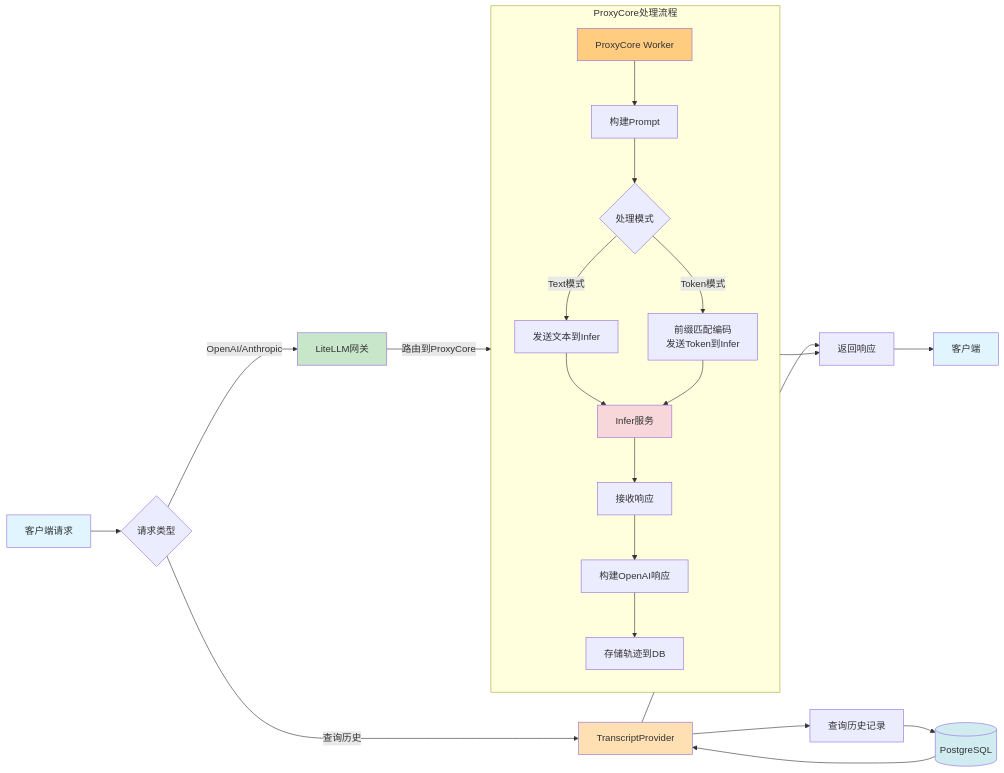
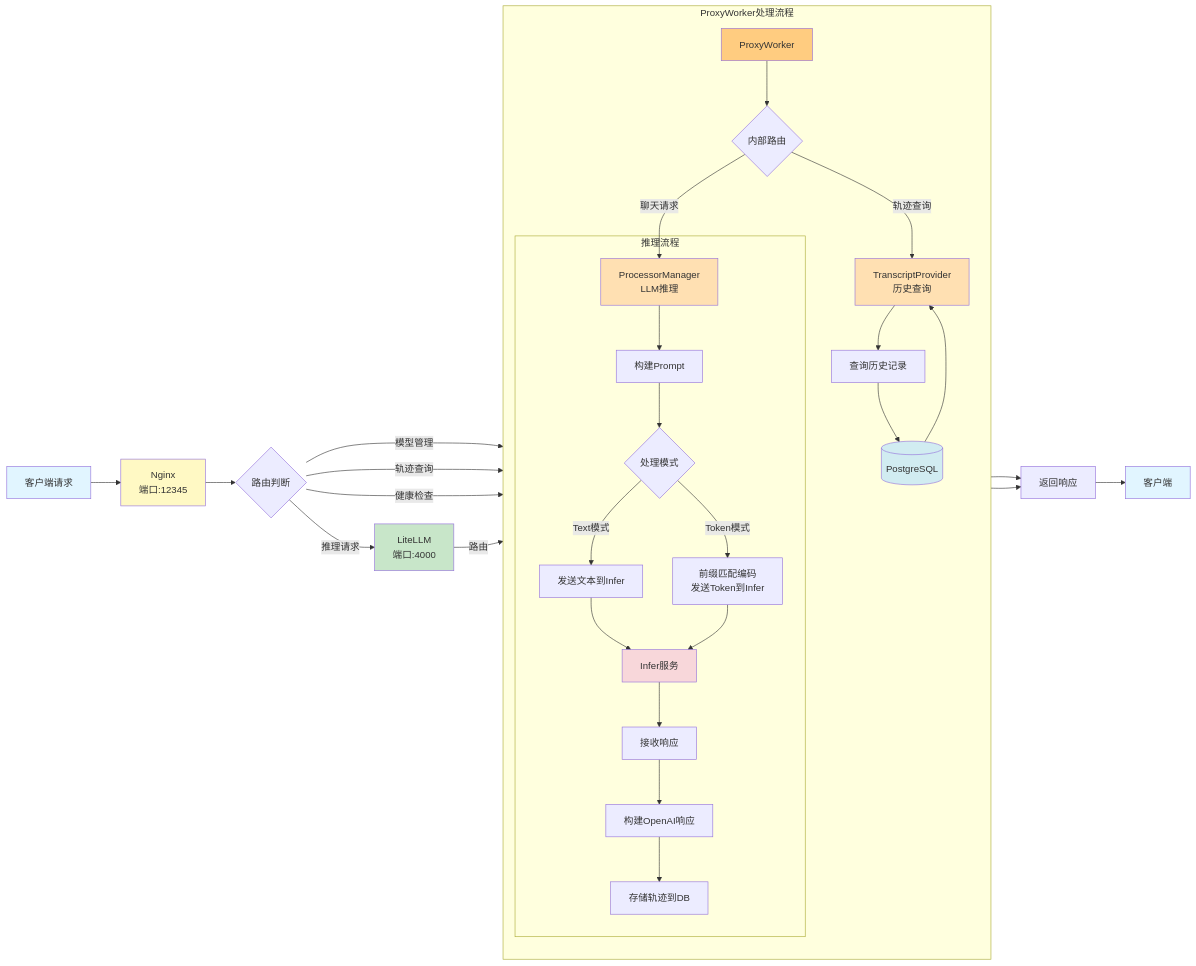
Before and after one commit to infzo/TrajProxy: the second of 2 diagrams in readme.md, drawn with Mermaid. The commit also changed other lines of this file and 36 other files, not shown here.

````diff
--- a/readme.md
+++ b/readme.md
@@ -71,42 +85,52 @@
 ```mermaid
 flowchart LR
-    Start[客户端请求] --> API{请求类型}
+    Start[客户端请求] --> Nginx[Nginx<br/>端口:12345]
 
-    API -->|OpenAI/Anthropic| LiteLLM[LiteLLM网关]
-    API -->|查询历史| TP[TranscriptProvider]
+    Nginx --> Route{路由判断}
 
-    LiteLLM -->|路由到ProxyCore| PC[ProxyCore Worker]
+    Route -->|推理请求| LiteLLM[LiteLLM<br/>端口:4000]
+    Route -->|模型管理| PW[ProxyWorker]
+    Route -->|轨迹查询| PW
+    Route -->|健康检查| PW
 
-    subgraph "ProxyCore处理流程"
+    LiteLLM -->|路由| PW
+
+    subgraph "ProxyWorker处理流程"
         direction TB
-        PC --> PB[构建Prompt]
-        PB --> MODE{处理模式}
+        PW --> PRoute{内部路由}
 
-        MODE -->|Text模式| PC_Text[发送文本到Infer]
-        MODE -->|Token模式| PC_Token[前缀匹配编码<br/>发送Token到Infer]
+        PRoute -->|聊天请求| PC[ProcessorManager<br/>LLM推理]
+        PRoute -->|轨迹查询| TP[TranscriptProvider<br/>历史查询]
 
-        PC_Text --> Infer[Infer服务]
-        PC_Token --> Infer
+        subgraph "推理流程"
+            PC --> PB[构建Prompt]
+            PB --> MODE{处理模式}
+            MODE -->|Text模式| PC_Text[发送文本到Infer]
+            MODE -->|Token模式| PC_Token[前缀匹配编码<br/>发送Token到Infer]
+            PC_Text --> Infer[Infer服务]
+            PC_Token --> Infer
+            Infer --> Response[接收响应]
+            Response --> Build[构建OpenAI响应]
+            Build --> Save[存储轨迹到DB]
+        end
 
-        Infer --> Response[接收响应]
-        Response --> Build[构建OpenAI响应]
-        Build --> Save[存储轨迹到DB]
+        TP --> Query[查询历史记录]
+        Query --> DB[(PostgreSQL)]
+        DB --> TP
     end
-
-    TP --> Query[查询历史记录]
-    Query --> DB[(PostgreSQL)]
-    DB --> TP
 
     Save --> Return[返回响应]
     TP --> Return
 
     Return --> End[客户端]
 
     style Start fill:#e1f5ff
+    style Nginx fill:#fff9c4
     style LiteLLM fill:#c8e6c9
-    style PC fill:#ffcc80
+    style PW fill:#ffcc80
+    style PC fill:#ffe0b2
     style TP fill:#ffe0b2
     style Infer fill:#f8d7da
     style DB fill:#d1ecf1
     style End fill:#e1f5ff
 ```
````
